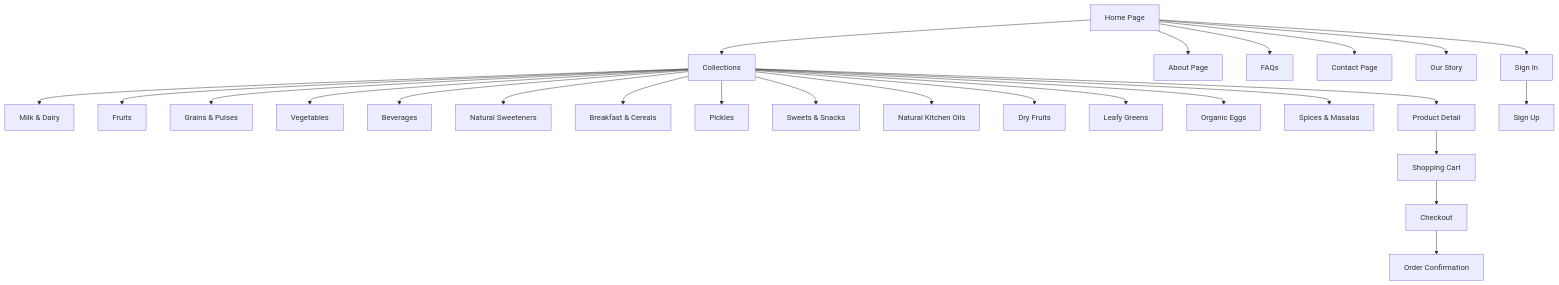
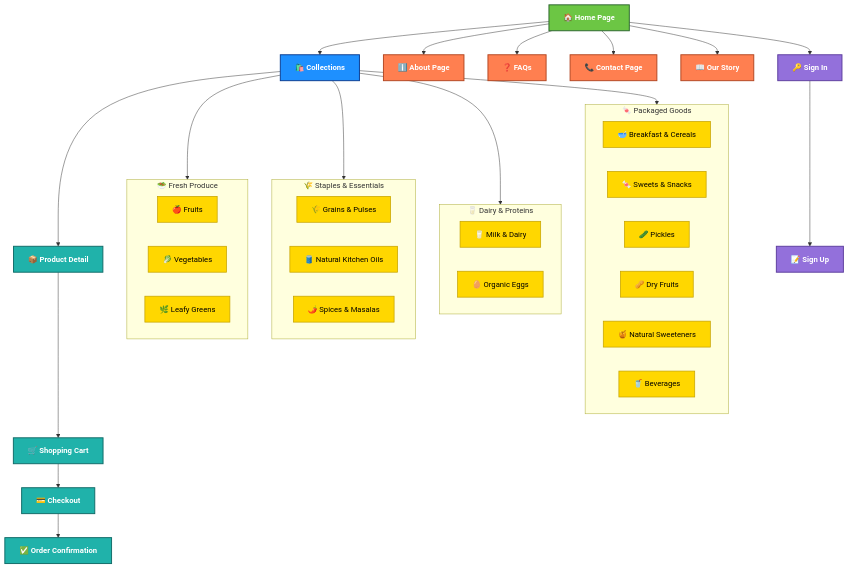
One commit to RaviRajanolla/Green-Origin changed the first of 5 diagrams in README.md. Above: the diagram before and after it, drawn with Mermaid. The commit also changed other lines of this file, not shown here.

````diff
--- a/README.md
+++ b/README.md
@@ -343,30 +344,70 @@
 ```mermaid
 flowchart TD
-    Home[Home Page] --> Collections[Collections]
-    Collections --> Milk[Milk & Dairy]
-    Collections --> Fruits[Fruits]
-    Collections --> Grains[Grains & Pulses]
-    Collections --> Vegetables[Vegetables]
-    Collections --> Beverages[Beverages]
-    Collections --> Sweeteners[Natural Sweeteners]
-    Collections --> Breakfast[Breakfast & Cereals]
-    Collections --> Pickles[Pickles]
-    Collections --> Snacks[Sweets & Snacks]
-    Collections --> Oils[Natural Kitchen Oils]
-    Collections --> DryFruits[Dry Fruits]
-    Collections --> Leafy[Leafy Greens]
-    Collections --> Eggs[Organic Eggs]
-    Collections --> Spices[Spices & Masalas]
+    %% ================================
+    %% STYLES
+    %% ================================
+    classDef home fill:#6CC644,stroke:#2C662D,stroke-width:2px,color:#fff,font-weight:bold;
+    classDef collection fill:#1E90FF,stroke:#0A3D91,stroke-width:2px,color:#fff,font-weight:bold;
+    classDef category fill:#FFD700,stroke:#C5A200,stroke-width:1.5px,color:#000;
+    classDef subpage fill:#FF7F50,stroke:#B34722,stroke-width:2px,color:#fff,font-weight:bold;
+    classDef auth fill:#9370DB,stroke:#5D3E9E,stroke-width:2px,color:#fff,font-weight:bold;
+    classDef process fill:#20B2AA,stroke:#116B68,stroke-width:2px,color:#fff,font-weight:bold;
+    classDef group fill:#F0F0F0,stroke:#999,stroke-dasharray: 5 5;
 
-    Collections --> ProductDetail[Product Detail]
-    ProductDetail --> Cart[Shopping Cart]
-    Cart --> Checkout[Checkout]
-    Checkout --> Confirmation[Order Confirmation]
+    %% ================================
+    %% HOME & MAIN
+    %% ================================
+    Home[🏠 Home Page]:::home --> Collections[🛍️ Collections]:::collection
+    Home --> About[ℹ️ About Page]:::subpage
+    Home --> FAQs[❓ FAQs]:::subpage
+    Home --> Contact[📞 Contact Page]:::subpage
+    Home --> Story[📖 Our Story]:::subpage
+    Home --> SignIn[🔑 Sign In]:::auth
+    SignIn --> SignUp[📝 Sign Up]:::auth
 
-    Home --> About[About Page]
-    Home --> FAQs[FAQs]
-    Home --> Contact[Contact Page]
-    Home --> Story[Our Story]
-    Home --> SignIn[Sign In]
-    SignIn --> SignUp[Sign Up]
+    %% ================================
+    %% COLLECTIONS & GROUPED CATEGORIES
+    %% ================================
+    subgraph Fresh[🥗 Fresh Produce]
+        Fruits[🍎 Fruits]:::category
+        Vegetables[🥬 Vegetables]:::category
+        Leafy[🌿 Leafy Greens]:::category
+    end
+    class Fresh group
+
+    subgraph Staples[🌾 Staples & Essentials]
+        Grains[🌾 Grains & Pulses]:::category
+        Oils[🛢️ Natural Kitchen Oils]:::category
+        Spices[🌶️ Spices & Masalas]:::category
+    end
+    class Staples group
+
+    subgraph DairyEggs[🥛 Dairy & Proteins]
+        Milk[🥛 Milk & Dairy]:::category
+        Eggs[🥚 Organic Eggs]:::category
+    end
+    class DairyEggs group
+
+    subgraph Packaged[🍬 Packaged Goods]
+        Breakfast[🥣 Breakfast & Cereals]:::category
+        Snacks[🍬 Sweets & Snacks]:::category
+        Pickles[🥒 Pickles]:::category
+        DryFruits[🥜 Dry Fruits]:::category
+        Sweeteners[🍯 Natural Sweeteners]:::category
+        Beverages[🥤 Beverages]:::category
+    end
+    class Packaged group
+
+    Collections --> Fresh
+    Collections --> Staples
+    Collections --> DairyEggs
+    Collections --> Packaged
+
+    %% ================================
+    %% SHOPPING FLOW
+    %% ================================
+    Collections --> ProductDetail[📦 Product Detail]:::process
+    ProductDetail --> Cart[🛒 Shopping Cart]:::process
+    Cart --> Checkout[💳 Checkout]:::process
+    Checkout --> Confirmation[✅ Order Confirmation]:::process
 ```
````
